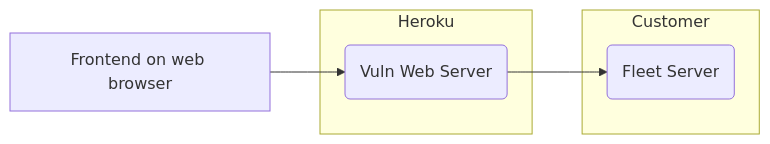
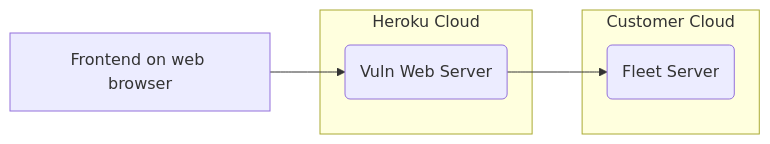
The seventh of 7 diagrams in docs/Contributing/high-level-architecture.md (fleetdm/fleet), drawn with Mermaid before and after one commit. The commit also changed other lines of this file, not shown here.

````diff
--- a/docs/Contributing/high-level-architecture.md
+++ b/docs/Contributing/high-level-architecture.md
@@ -177,15 +177,15 @@
 ```mermaid
 graph LR;
     frontend[Frontend on web browser];
 
-    subgraph Customer
+    subgraph Customer Cloud
         fleetServer(Fleet Server);
     end
 
-    subgraph Heroku
+    subgraph Heroku Cloud
         vulnServer(Vuln Web Server);
     end
 
     frontend --> vulnServer;
     vulnServer --> fleetServer;
 ```
````
